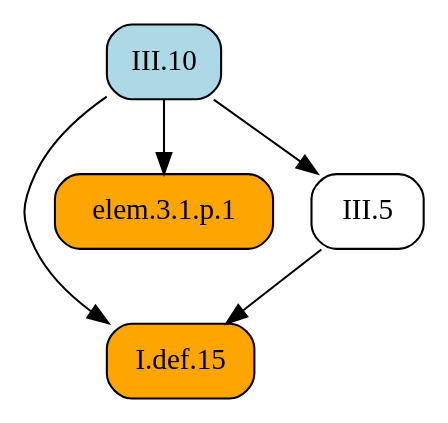
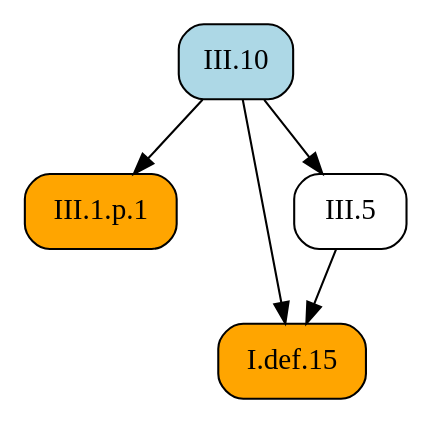
The diagram in docsrc/heath/III/10/index.rst (geometor/elements), drawn with Graphviz before and after one commit. The commit also changed other lines of this file and 484 other files, not shown here.

```diff
--- a/docsrc/heath/III/10/index.rst
+++ b/docsrc/heath/III/10/index.rst
@@ -64,14 +64,14 @@
 .. graphviz::
 
    digraph {
      rankdir="TB";
      node [shape=box, style=rounded];
+     "III.10" [style="rounded,filled", fillcolor=lightblue, URL="/heath/III/10/", target="_top"];
+     "III.1.p.1" [style="rounded,filled", fillcolor=orange];
      "I.def.15" [style="rounded,filled", fillcolor=orange, URL="/heath/I/def.15/", target="_top"];
-     "III.10" [style="rounded,filled", fillcolor=lightblue, URL="/heath/III/10/", target="_top"];
-     "elem.3.1.p.1" [style="rounded,filled", fillcolor=orange];
      "III.5" [URL="/heath/III/5/", target="_top"];
+     "III.10" -> "III.1.p.1";
      "III.5" -> "I.def.15";
      "III.10" -> "I.def.15";
-     "III.10" -> "elem.3.1.p.1";
      "III.10" -> "III.5";
    }
```
